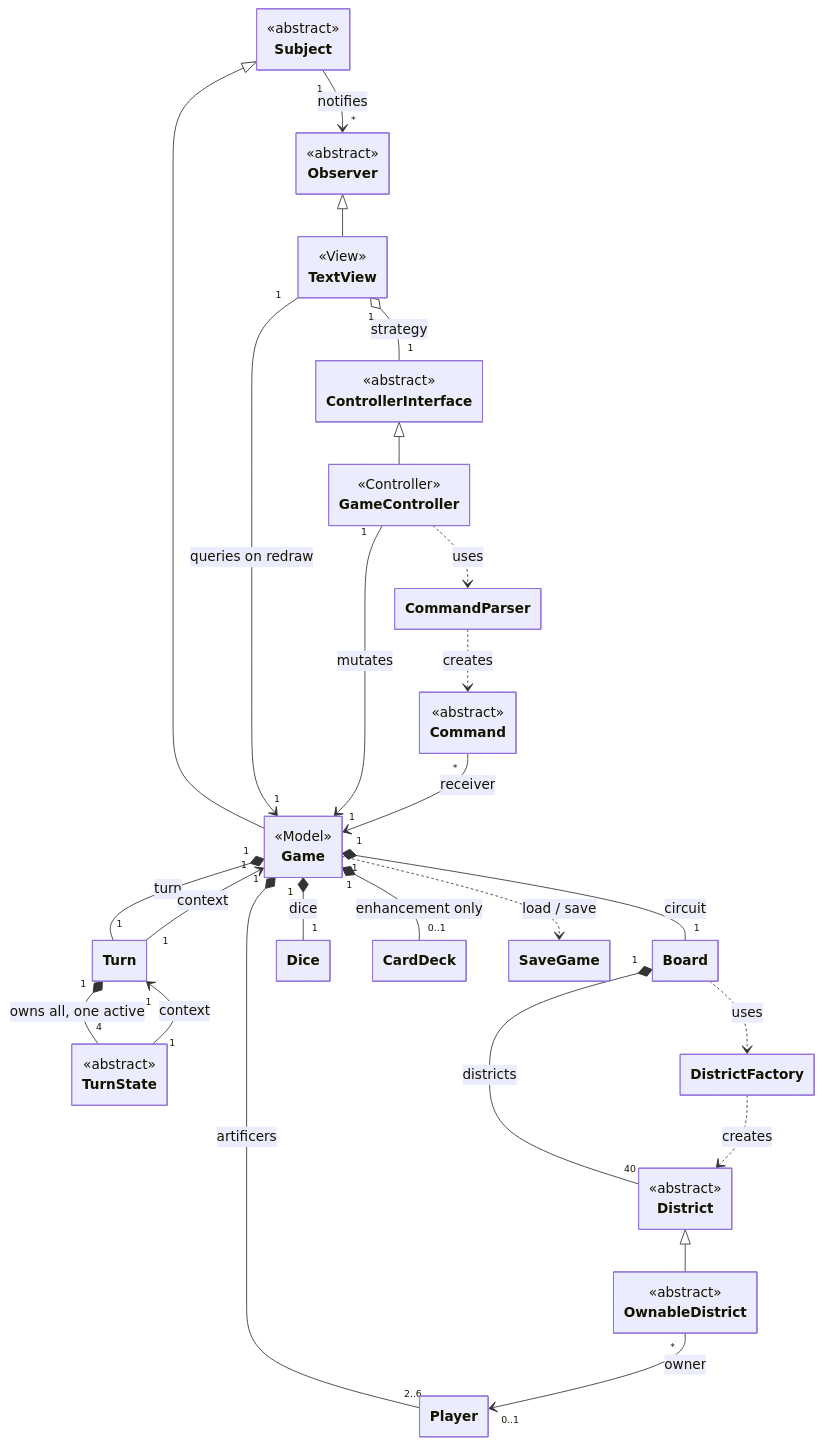
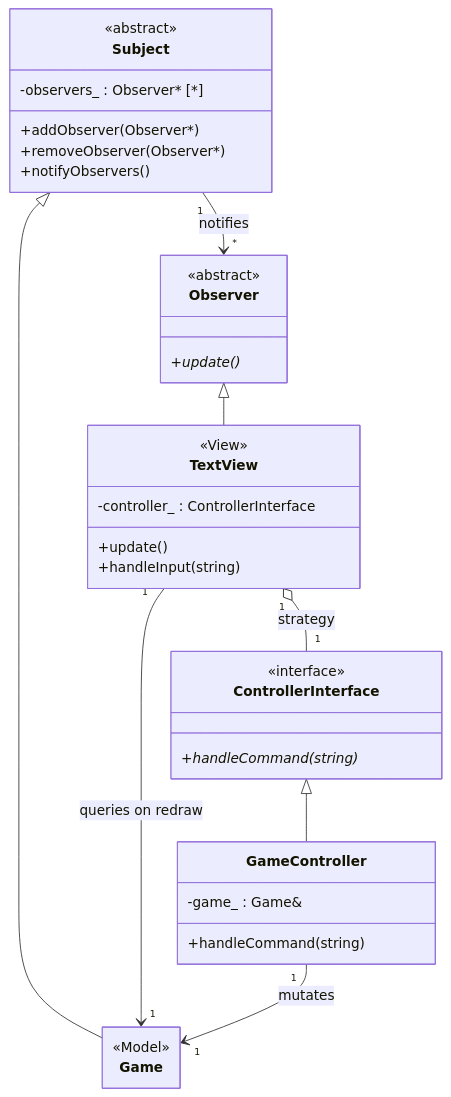
The first of 7 diagrams in uml.md (jasmehar-k/hungry-hungry-capitalists), drawn with Mermaid before and after one commit. The commit also changed other lines of this file and 8 other files, not shown here.

Commit message:
redraw uml per pattern with minimal detail to show each pattern uniqueness

````diff
--- a/uml.md
+++ b/uml.md
@@ -30,48 +39,46 @@
 ```mermaid
 ---
 config:
   class:
     hideEmptyMembersBox: true
 ---
 classDiagram
     direction TB
 
-    class Subject { <<abstract>> }
-    class Observer { <<abstract>> }
-    class Game { <<Model>> }
-    class TextView { <<View>> }
-    class ControllerInterface { <<abstract>> }
-    class GameController { <<Controller>> }
-    class District { <<abstract>> }
-    class OwnableDistrict { <<abstract>> }
-    class TurnState { <<abstract>> }
-    class Command { <<abstract>> }
+    class Subject {
+        <<abstract>>
+        +addObserver(Observer*)
+        +removeObserver(Observer*)
+        +notifyObservers()
+        -observers_ : Observer* [*]
+    }
+    class Observer {
+        <<abstract>>
+        +update()*
+    }
+    class Game {
+        <<Model>>
+    }
+    class TextView {
+        <<View>>
+        +update()
+        +handleInput(string)
+        -controller_ : ControllerInterface
+    }
+    class ControllerInterface {
+        <<interface>>
+        +handleCommand(string)*
+    }
+    class GameController {
+        +handleCommand(string)
+        -game_ : Game&
+    }
 
     Subject <|-- Game
     Observer <|-- TextView
     ControllerInterface <|-- GameController
-    District <|-- OwnableDistrict
-
-    Game "1" *-- "1" Board : circuit
-    Game "1" *-- "2..6" Player : artificers
-    Game "1" *-- "1" Turn : turn
-    Game "1" *-- "1" Dice : dice
-    Game "1" *-- "0..1" CardDeck : enhancement only
-    Board "1" *-- "40" District : districts
-    Turn "1" *-- "4" TurnState : owns all, one active
-
     Subject "1" --> "*" Observer : notifies
+    TextView "1" o-- "1" ControllerInterface : strategy
     TextView "1" --> "1" Game : queries on redraw
-    TextView "1" o-- "1" ControllerInterface : strategy
     GameController "1" --> "1" Game : mutates
-    Turn "1" --> "1" Game : context
-    TurnState "1" --> "1" Turn : context
-    Command "*" --> "1" Game : receiver
-    OwnableDistrict "*" --> "0..1" Player : owner
-
-    GameController ..> CommandParser : uses
-    CommandParser ..> Command : creates
-    Board ..> DistrictFactory : uses
-    DistrictFactory ..> District : creates
-    Game ..> SaveGame : load / save
 ```
````
